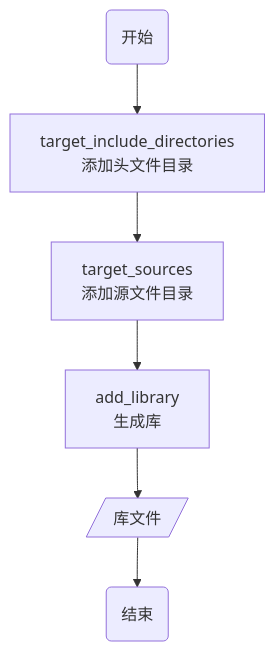
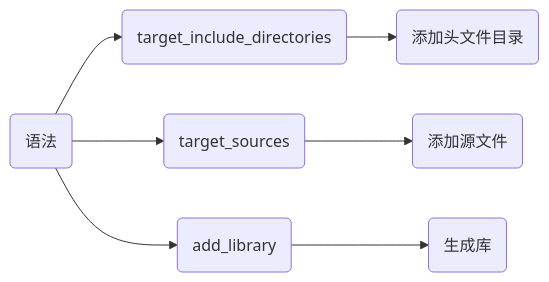
Before and after one commit to dmjcb/dmjcb.github.io: the seventh of 9 diagrams in _posts/software/build_tool/cmake/2024-10-22-使用.md, drawn with Mermaid. The commit also changed other lines of this file and 24 other files, not shown here.

````diff
--- a/_posts/software/build_tool/cmake/2024-10-22-使用.md
+++ b/_posts/software/build_tool/cmake/2024-10-22-使用.md
@@ -303,10 +298,7 @@
 ```mermaid
-graph TB
-    X(开始)
-    A[target_include_directories<br>添加头文件目录]
-    B[target_sources<br>添加源文件目录]
-    C[add_library<br>生成库]
-    D[/库文件/]
-    Z(结束)
-    X-->A-->B-->C-->D-->Z
+graph LR
+    X(语法)
+    X-->A(target_include_directories)-->A1(添加头文件目录)
+    X-->B(target_sources)-->B1(添加源文件)
+    X-->C(add_library)-->C1(生成库)
 ```
````
